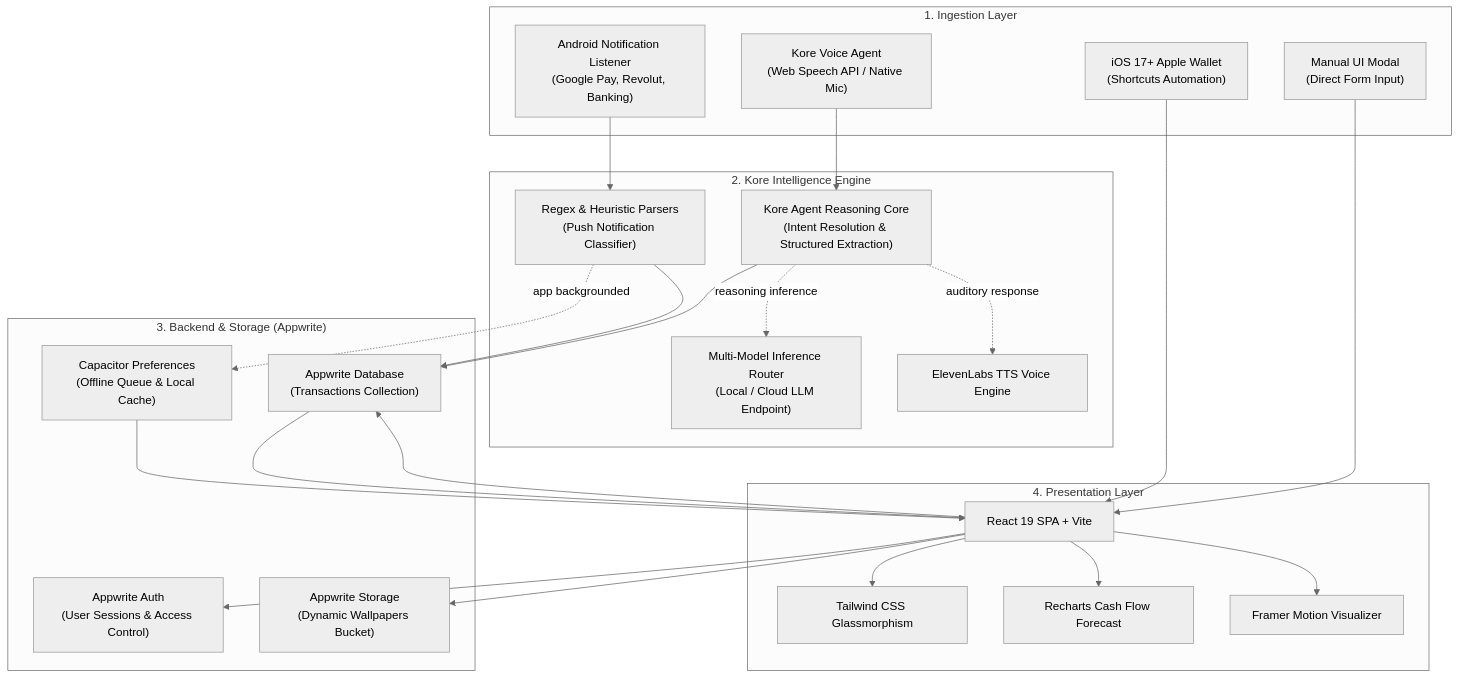
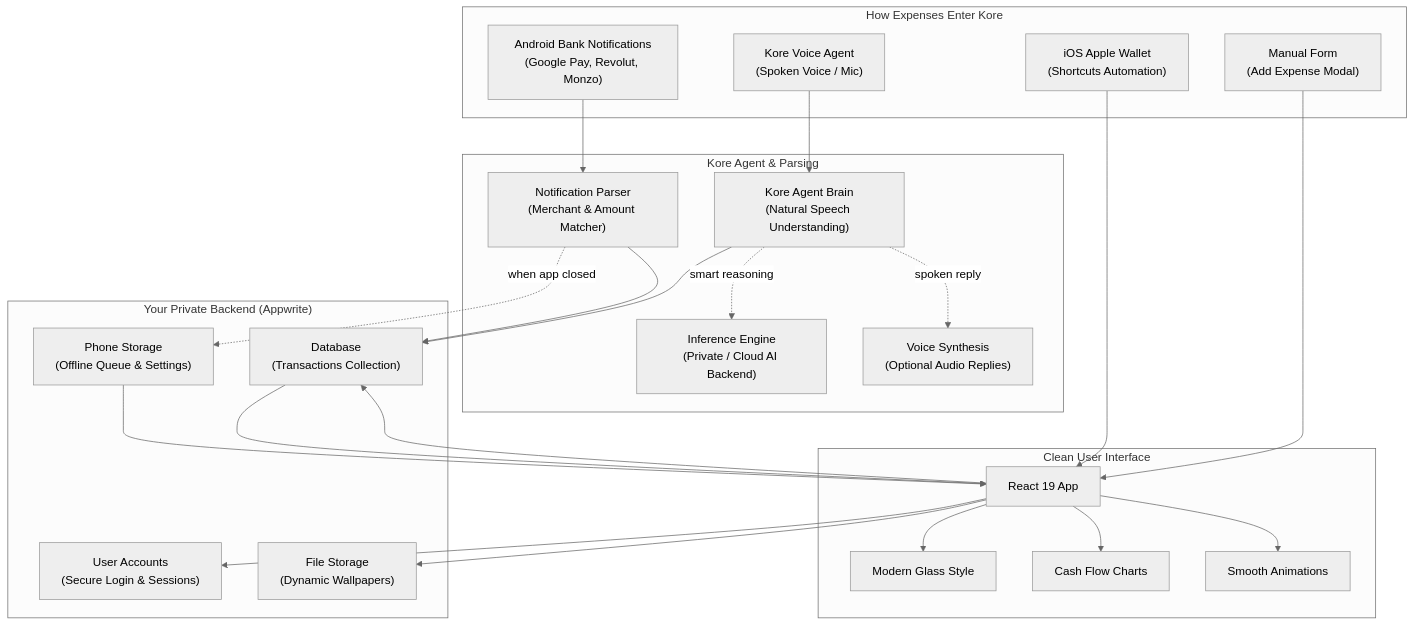
Before and after one commit to Drynxx/kore-finance-tracker: the diagram in README.md, drawn with Mermaid (neutral theme). The commit also changed other lines of this file, not shown here.

````diff
--- a/README.md
+++ b/README.md
@@ -108,50 +111,50 @@
 ```mermaid
 flowchart TD
-    subgraph Ingestion["1. Ingestion Layer"]
-        A1["Android Notification Listener<br/>(Google Pay, Revolut, Banking)"]
-        A2["iOS 17+ Apple Wallet<br/>(Shortcuts Automation)"]
-        A3["Kore Voice Agent<br/>(Web Speech API / Native Mic)"]
-        A4["Manual UI Modal<br/>(Direct Form Input)"]
+    subgraph Ingestion["How Expenses Enter Kore"]
+        A1["Android Bank Notifications<br/>(Google Pay, Revolut, Monzo)"]
+        A2["iOS Apple Wallet<br/>(Shortcuts Automation)"]
+        A3["Kore Voice Agent<br/>(Spoken Voice / Mic)"]
+        A4["Manual Form<br/>(Add Expense Modal)"]
     end
 
-    subgraph Processing["2. Kore Intelligence Engine"]
-        B1["Regex & Heuristic Parsers<br/>(Push Notification Classifier)"]
-        B2["Kore Agent Reasoning Core<br/>(Intent Resolution & Structured Extraction)"]
-        B3["Multi-Model Inference Router<br/>(Local / Cloud LLM Endpoint)"]
-        B4["ElevenLabs TTS Voice Engine"]
+    subgraph Intelligence["Kore Agent & Parsing"]
+        B1["Notification Parser<br/>(Merchant & Amount Matcher)"]
+        B2["Kore Agent Brain<br/>(Natural Speech Understanding)"]
+        B3["Inference Engine<br/>(Private / Cloud AI Backend)"]
+        B4["Voice Synthesis<br/>(Optional Audio Replies)"]
     end
 
-    subgraph Backend["3. Backend & Storage (Appwrite)"]
-        C1["Appwrite Auth<br/>(User Sessions & Access Control)"]
-        C2["Appwrite Database<br/>(Transactions Collection)"]
-        C3["Appwrite Storage<br/>(Dynamic Wallpapers Bucket)"]
-        C4["Capacitor Preferences<br/>(Offline Queue & Local Cache)"]
+    subgraph Backend["Your Private Backend (Appwrite)"]
+        C1["User Accounts<br/>(Secure Login & Sessions)"]
+        C2["Database<br/>(Transactions Collection)"]
+        C3["File Storage<br/>(Dynamic Wallpapers)"]
+        C4["Phone Storage<br/>(Offline Queue & Settings)"]
     end
 
-    subgraph UI["4. Presentation Layer"]
-        D1["React 19 SPA + Vite"]
-        D2["Tailwind CSS Glassmorphism"]
-        D3["Recharts Cash Flow Forecast"]
-        D4["Framer Motion Visualizer"]
+    subgraph UI["Clean User Interface"]
+        D1["React 19 App"]
+        D2["Modern Glass Style"]
+        D3["Cash Flow Charts"]
+        D4["Smooth Animations"]
     end
 
     A1 --> B1
     A2 --> D1
     A3 --> B2
-    B2 -. reasoning inference .-> B3
-    B2 -. auditory response .-> B4
+    B2 -. smart reasoning .-> B3
+    B2 -. spoken reply .-> B4
     A4 --> D1
 
     B1 --> C2
-    B1 -. app backgrounded .-> C4
+    B1 -. when app closed .-> C4
     B2 --> C2
     D1 --> C1
     D1 --> C2
     D1 --> C3
     C4 --> D1
 
     C2 --> D1
     D1 --> D2
     D1 --> D3
     D1 --> D4
 ```
````
